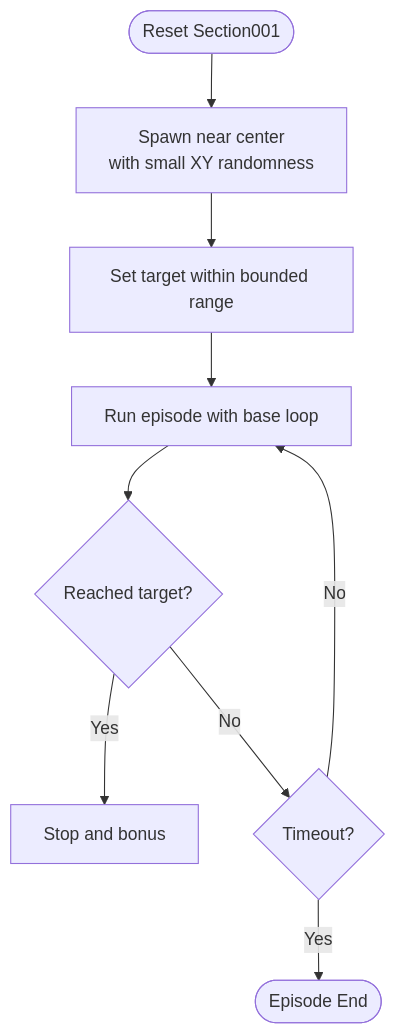
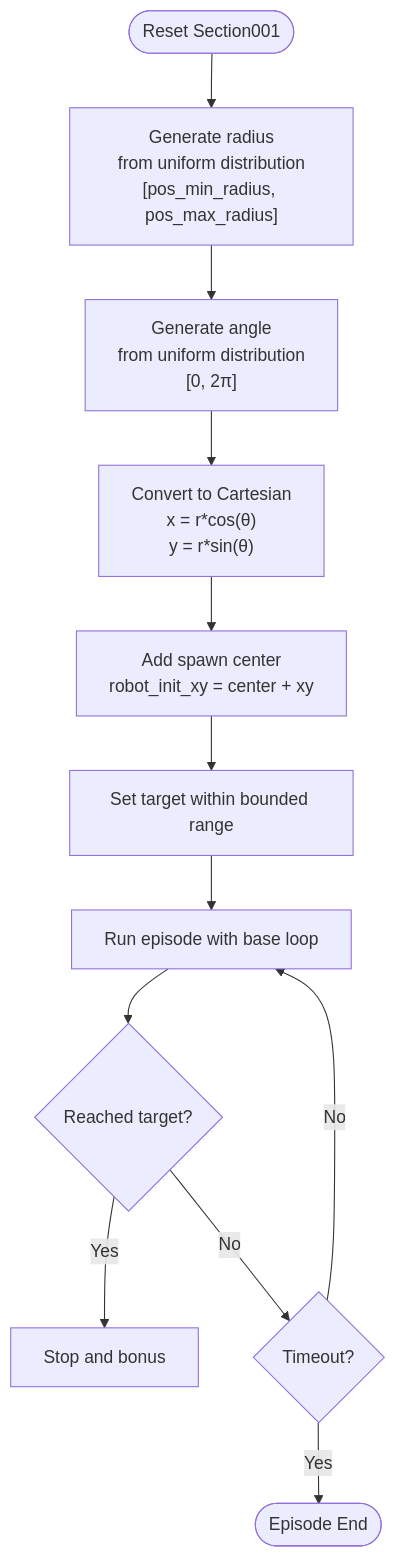
One commit to jayjayhust/MotrixLab changed the third of 11 diagrams in .qoder/repowiki/en/content/Navigation Environments/VBot Navigation/Track Sections.md. Above: the diagram before and after it, drawn with Mermaid. The commit also changed other lines of this file and 15 other files, not shown here.

````diff
--- a/.qoder/repowiki/en/content/Navigation Environments/VBot Navigation/Track Sections.md
+++ b/.qoder/repowiki/en/content/Navigation Environments/VBot Navigation/Track Sections.md
@@ -131,11 +232,14 @@
 ```mermaid
 flowchart TD
-Start(["Reset Section001"]) --> Spawn["Spawn near center<br/>with small XY randomness"]
-Spawn --> SetGoal["Set target within bounded range"]
+Start(["Reset Section001"]) --> GenerateRadius["Generate radius<br/>from uniform distribution<br/>[pos_min_radius, pos_max_radius]"]
+GenerateRadius --> GenerateAngle["Generate angle<br/>from uniform distribution<br/>[0, 2π]"]
+GenerateAngle --> ConvertToXY["Convert to Cartesian<br/>x = r*cos(θ)<br/>y = r*sin(θ)"]
+ConvertToXY --> AddCenter["Add spawn center<br/>robot_init_xy = center + xy"]
+AddCenter --> SetGoal["Set target within bounded range"]
 SetGoal --> Run["Run episode with base loop"]
 Run --> Reach{"Reached target?"}
 Reach --> |Yes| Stop["Stop and bonus"]
 Reach --> |No| Timeout{"Timeout?"}
 Timeout --> |Yes| End(["Episode End"])
 Timeout --> |No| Run
 ```
````
